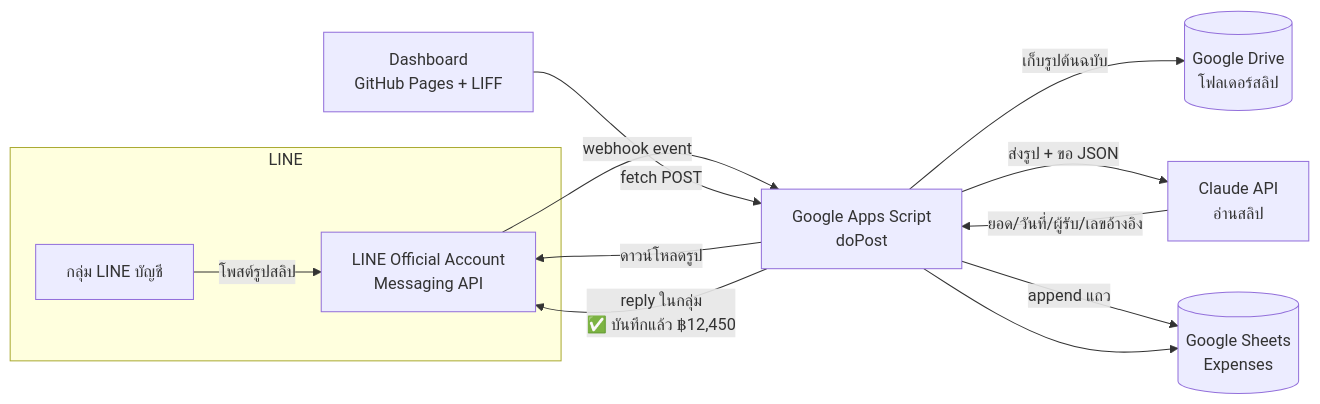
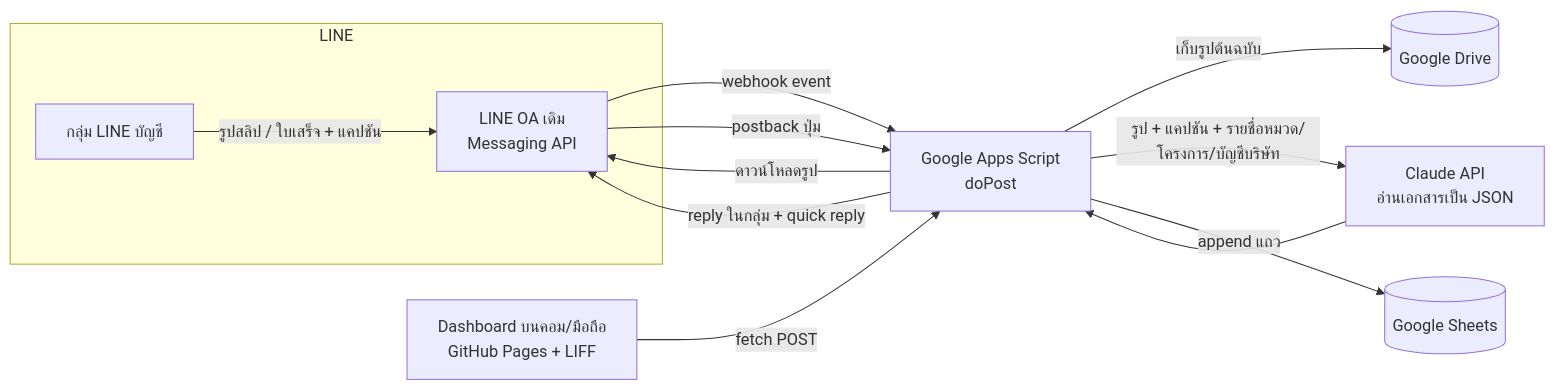
Before and after one commit to gunwasan-sudo/SGQ-Fab-app: the diagram in expense/CONCEPT.md, drawn with Mermaid. The commit also changed other lines of this file, not shown here.

````diff
--- a/expense/CONCEPT.md
+++ b/expense/CONCEPT.md
@@ -25,15 +30,15 @@
 ```mermaid
 flowchart LR
   subgraph LINE
-    G[กลุ่ม LINE บัญชี] -->|โพสต์รูปสลิป| OA[LINE Official Account<br/>Messaging API]
+    G[กลุ่ม LINE บัญชี] -->|รูปสลิป / ใบเสร็จ + แคปชัน| OA[LINE OA เดิม<br/>Messaging API]
   end
   OA -->|webhook event| GAS[Google Apps Script<br/>doPost]
   GAS -->|ดาวน์โหลดรูป| OA
-  GAS -->|เก็บรูปต้นฉบับ| DRV[(Google Drive<br/>โฟลเดอร์สลิป)]
-  GAS -->|ส่งรูป + ขอ JSON| AI[Claude API<br/>อ่านสลิป]
-  AI -->|ยอด/วันที่/ผู้รับ/เลขอ้างอิง| GAS
-  GAS -->|append แถว| SH[(Google Sheets<br/>Expenses)]
-  GAS -->|reply ในกลุ่ม<br/>✅ บันทึกแล้ว ฿12,450| OA
-  WEB[Dashboard<br/>GitHub Pages + LIFF] -->|fetch POST| GAS
-  GAS --> SH
+  GAS -->|เก็บรูปต้นฉบับ| DRV[(Google Drive)]
+  GAS -->|รูป + แคปชัน + รายชื่อหมวด/โครงการ/บัญชีบริษัท| AI[Claude API<br/>อ่านเอกสารเป็น JSON]
+  AI --> GAS
+  GAS -->|append แถว| SH[(Google Sheets)]
+  GAS -->|reply ในกลุ่ม + quick reply| OA
+  OA -->|postback ปุ่ม| GAS
+  WEB[Dashboard บนคอม/มือถือ<br/>GitHub Pages + LIFF] -->|fetch POST| GAS
 ```
````
